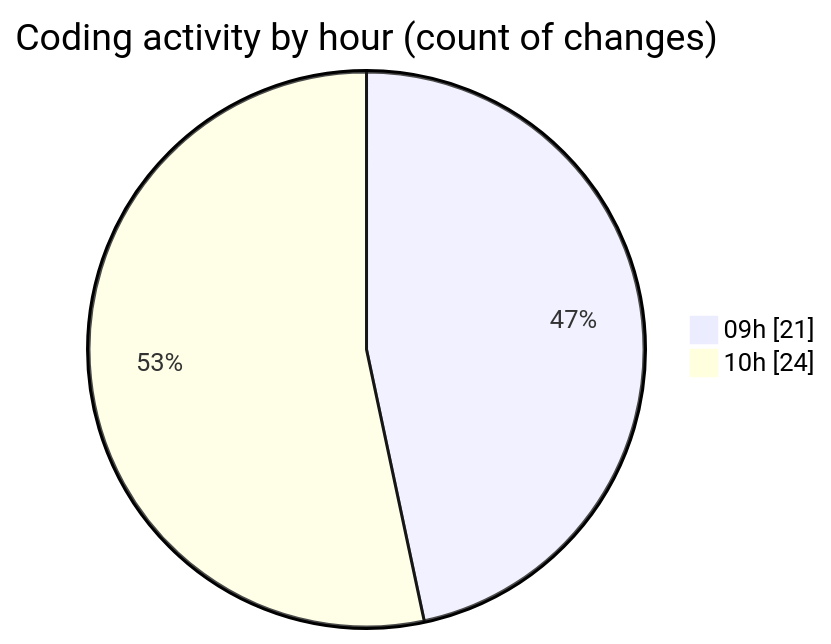
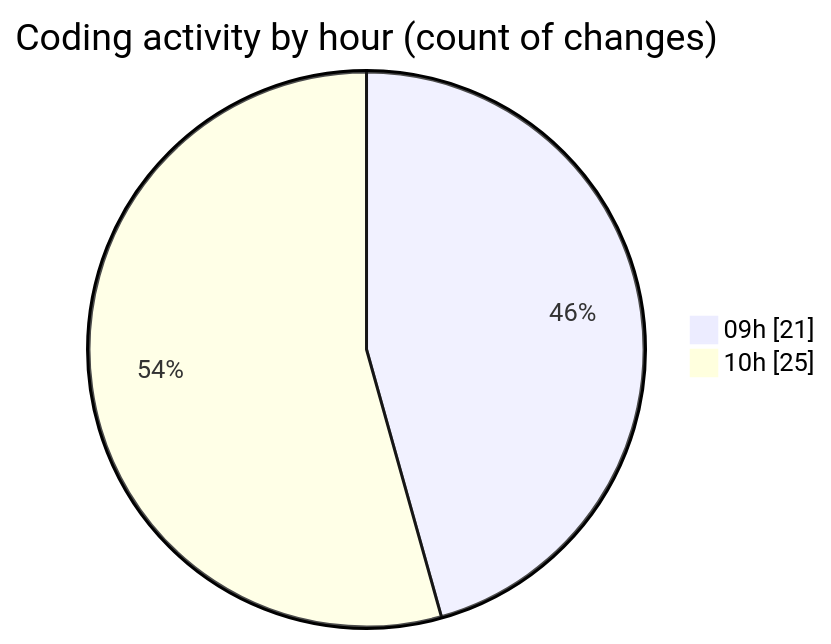
Before and after one commit to momahboobian/code-tracking: the second of 2 diagrams in 2025-12-01/cda/README.md, drawn with Mermaid. The commit also changed other lines of this file and 1 other file, not shown here.

````diff
--- a/2025-12-01/cda/README.md
+++ b/2025-12-01/cda/README.md
@@ -44,6 +45,6 @@
 ```mermaid
 pie showData
 title Coding activity by hour (count of changes)
 "09h" : 21
-"10h" : 24
+"10h" : 25
 ```
````
